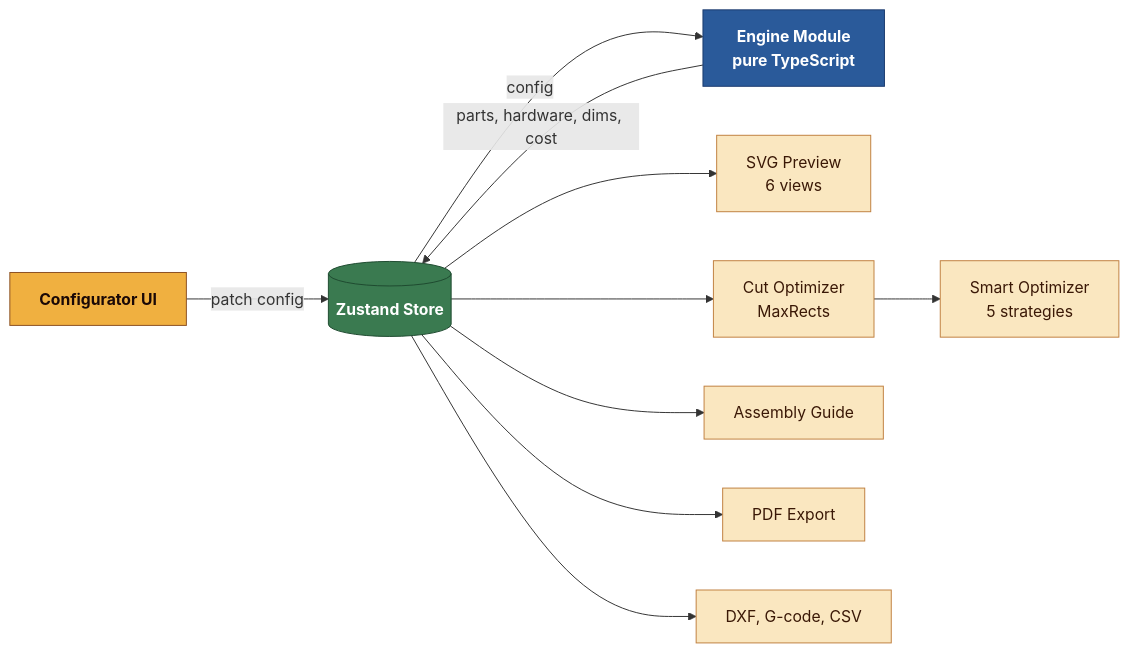
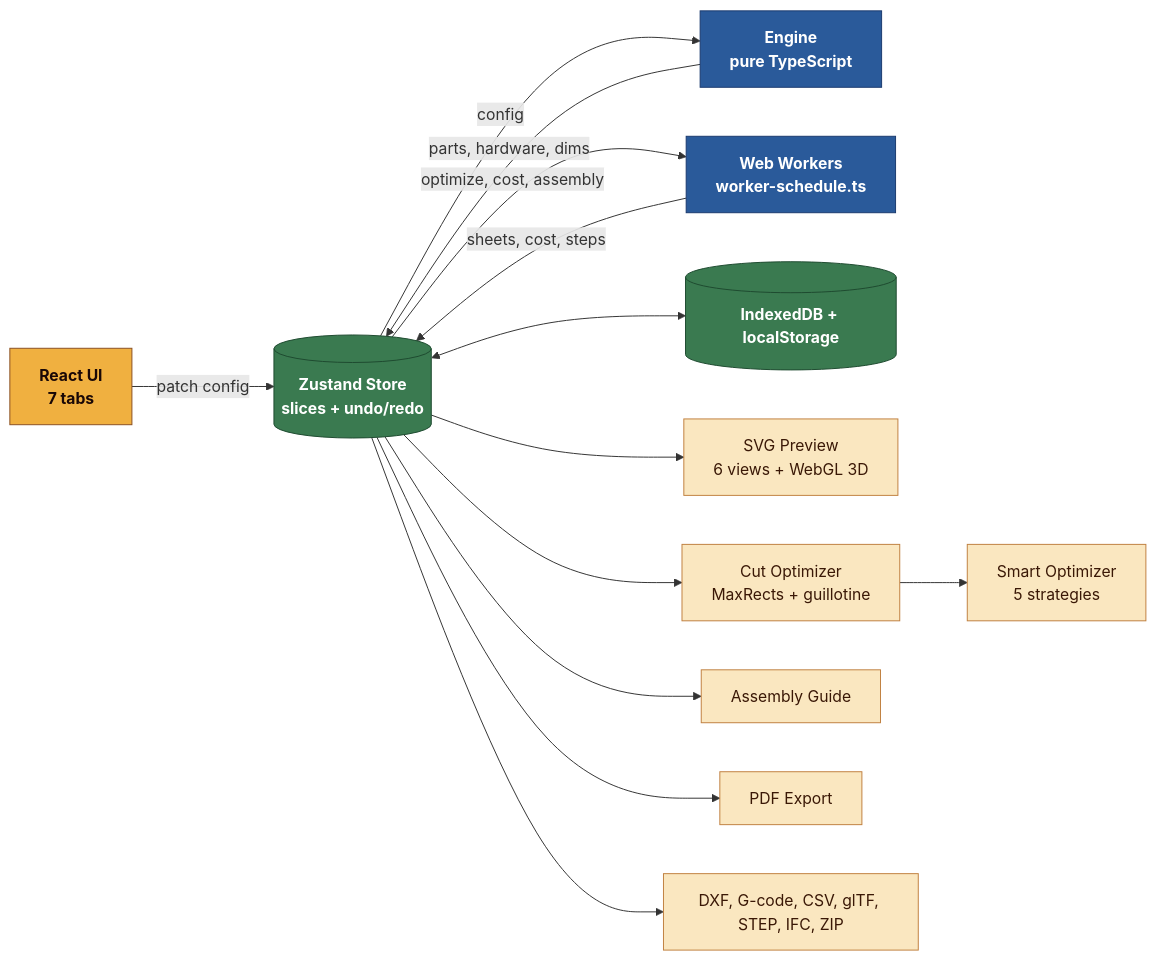
One commit to RajwanYair/WoodworkingShop changed the first of 9 diagrams in docs/ARCHITECTURE.md. Above: the diagram before and after it, drawn with Mermaid. The commit also changed other lines of this file and 159 other files, not shown here.

Commit message:
feat: advance v5.35.0 roadmap work

````diff
--- a/docs/ARCHITECTURE.md
+++ b/docs/ARCHITECTURE.md
@@ -13,17 +13,20 @@
 ```mermaid
 graph LR
-  UI["Configurator UI"]:::ui -->|"patch config"| Store[("Zustand Store")]:::store
-  Store -->|config| Engine["Engine Module\npure TypeScript"]:::engine
-  Engine -->|"parts, hardware, dims, cost"| Store
-  Store --> Preview["SVG Preview\n6 views"]:::output
-  Store --> Optimizer["Cut Optimizer\nMaxRects"]:::output
-  Optimizer --> Smart["Smart Optimizer\n5 strategies"]:::output
+  UI["React UI<br/>7 tabs"]:::ui -->|"patch config"| Store[("Zustand Store<br/>slices + undo/redo")]:::store
+  Store -->|config| Engine["Engine<br/>pure TypeScript"]:::engine
+  Engine -->|"parts, hardware, dims"| Store
+  Store -->|"optimize, cost, assembly"| Workers["Web Workers<br/>worker-schedule.ts"]:::engine
+  Workers -->|"sheets, cost, steps"| Store
+  Store <--> Storage[("IndexedDB + localStorage")]:::store
+  Store --> Preview["SVG Preview<br/>6 views + WebGL 3D"]:::output
+  Store --> Optimizer["Cut Optimizer<br/>MaxRects + guillotine"]:::output
+  Optimizer --> Smart["Smart Optimizer<br/>5 strategies"]:::output
   Store --> Assembly["Assembly Guide"]:::output
   Store --> PDF["PDF Export"]:::output
-  Store --> Exports["DXF, G-code, CSV"]:::output
+  Store --> Exports["DXF, G-code, CSV, glTF, STEP, IFC, ZIP"]:::output
 
   classDef ui fill:#f0b040,stroke:#8b5022,color:#1a0806,font-weight:bold
   classDef store fill:#3a7a50,stroke:#1e4a30,color:#ffffff,font-weight:bold
   classDef engine fill:#2a5a9a,stroke:#1a3a6e,color:#ffffff,font-weight:bold
   classDef output fill:#fae7c0,stroke:#c08040,color:#3a1806
 ```
````
